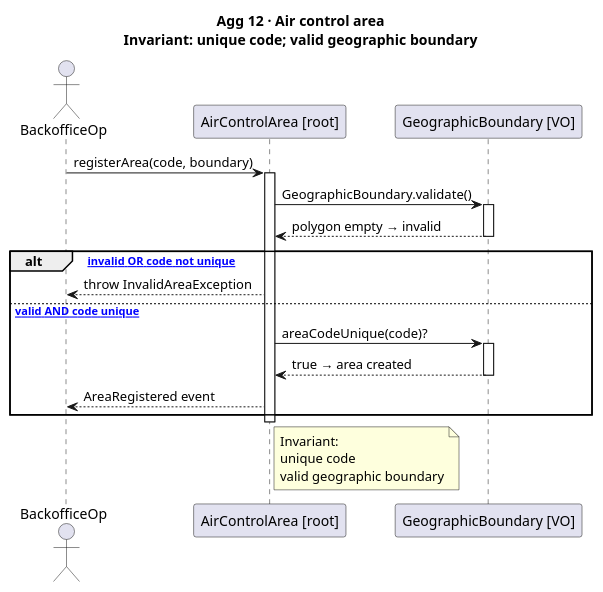
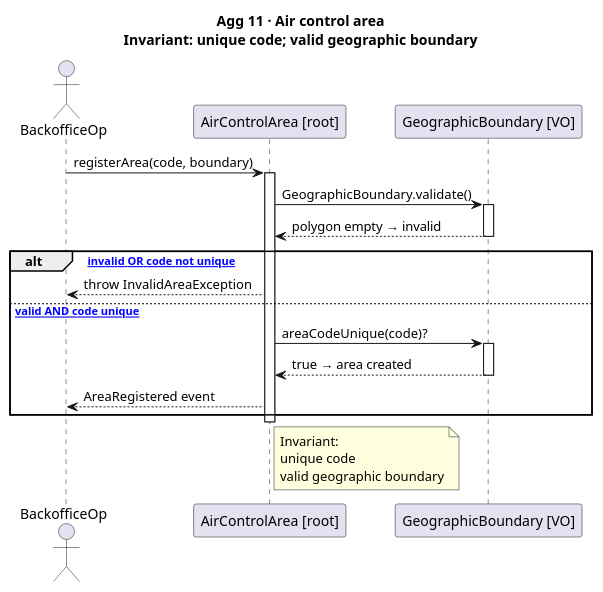
One commit to DuartePinto1240/sem4pi2526-sem4pi2526_2da2 changed the diagram in docs/Agg11.puml. Above: the diagram before and after it, drawn with PlantUML. The commit also changed 6 other files, not shown here.

```diff
--- a/docs/Agg11.puml
+++ b/docs/Agg11.puml
@@ -1,34 +1,34 @@
-@startuml US011_Agg12_AirControlArea
-title Agg 12 · Air control area\nInvariant: unique code; valid geographic boundary
+@startuml US011_Agg11_AirControlArea
+title Agg 11 · Air control area\nInvariant: unique code; valid geographic boundary
 
 actor "BackofficeOp" as Op
 participant "AirControlArea [root]" as ACA
 participant "GeographicBoundary [VO]" as GB
 
 Op -> ACA : registerArea(code, boundary)
 activate ACA
 
 ACA -> GB : GeographicBoundary.validate()
 activate GB
 GB --> ACA : polygon empty → invalid
 deactivate GB
 
 alt [boundary invalid OR code not unique]
     ACA --> Op : throw InvalidAreaException
 else [boundary valid AND code unique]
     ACA -> GB : areaCodeUnique(code)?
     activate GB
     GB --> ACA : true → area created
     deactivate GB
     ACA --> Op : AreaRegistered event
 end
 
 deactivate ACA
 
 note right of ACA
   Invariant:
   unique code
   valid geographic boundary
 end note
 
 @enduml
```
